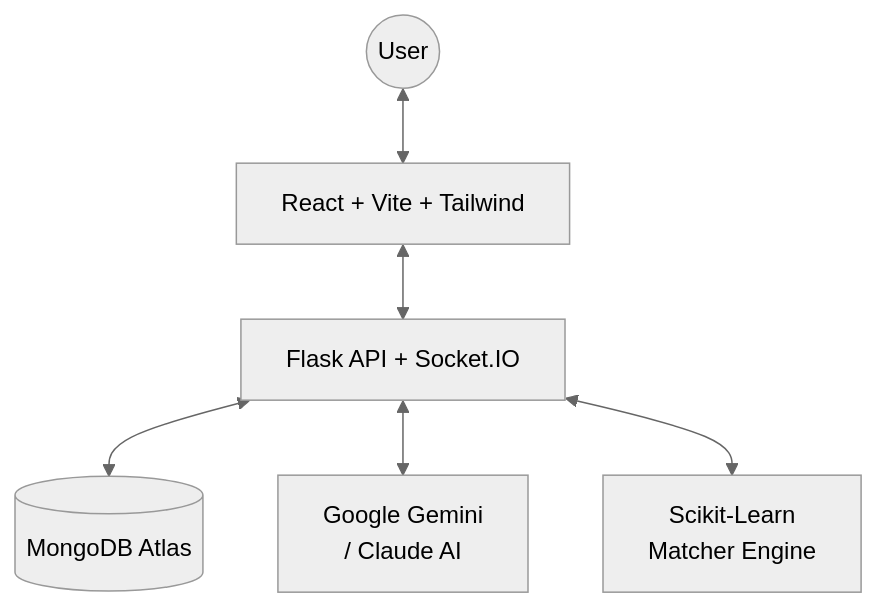
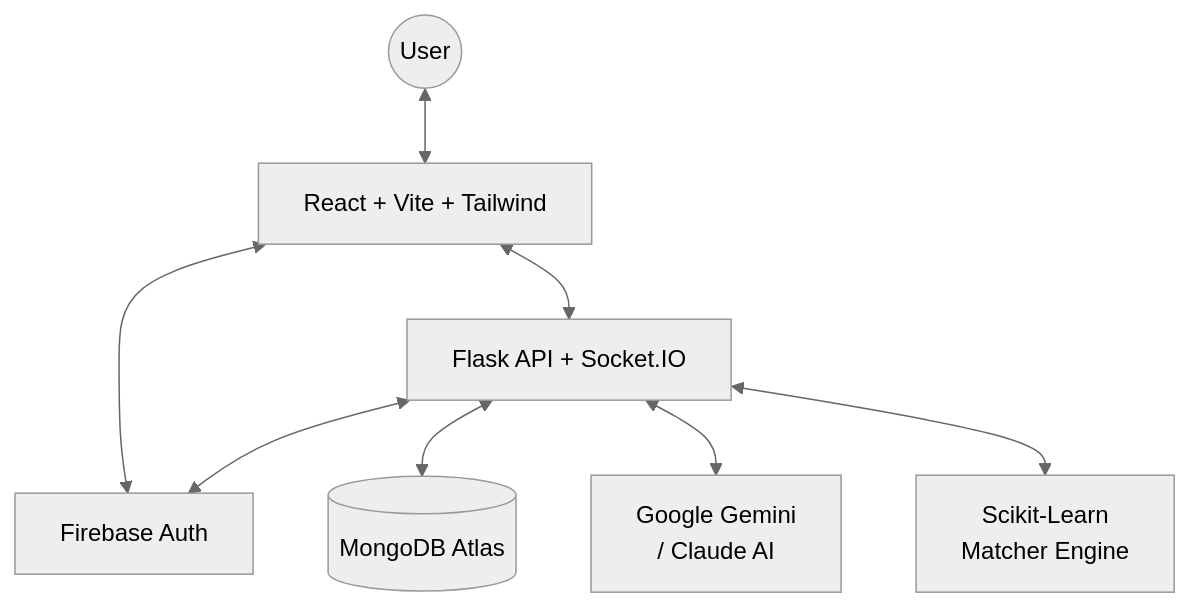
One commit to laradharshini/Pathway changed the diagram in README.md. Above: the diagram before and after it, drawn with Mermaid (neutral theme). The commit also changed other lines of this file, not shown here.

Commit message:
Include Firebase Authentication in README features and system architecture

````diff
--- a/README.md
+++ b/README.md
@@ -31,8 +33,10 @@
 ```mermaid
 graph TD
     User((User)) <--> Frontend[React + Vite + Tailwind]
+    Frontend <--> Auth[Firebase Auth]
     Frontend <--> Backend[Flask API + Socket.IO]
+    Backend <--> Auth
     Backend <--> DB[(MongoDB Atlas)]
     Backend <--> AI_Engine[Google Gemini \n / Claude AI]
     Backend <--> ML[Scikit-Learn \n Matcher Engine]
 ```
````
